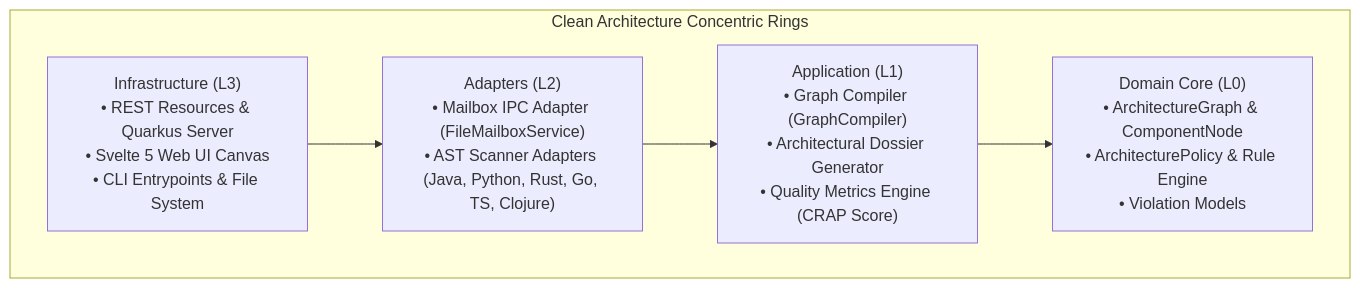
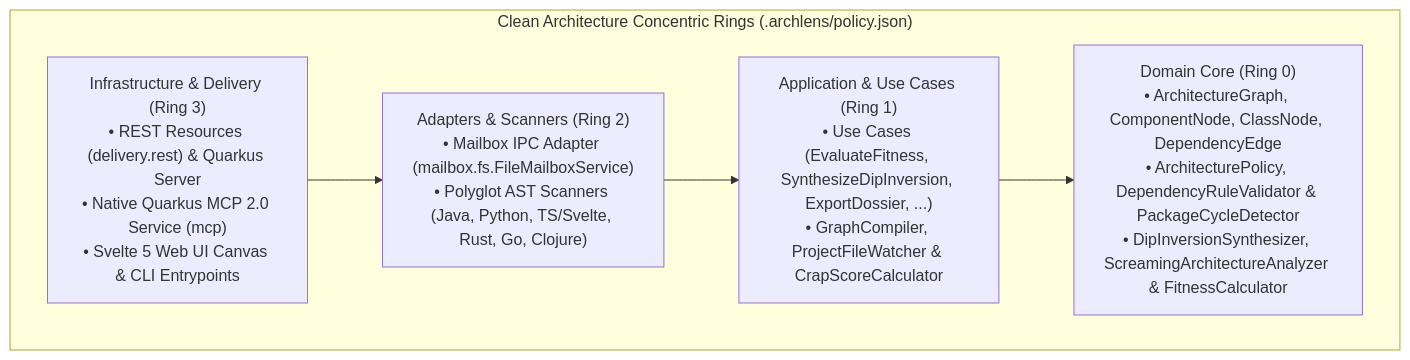
The diagram in docs/guide/DEVELOPER_GUIDE.md (fmatar/archlens), drawn with Mermaid before and after one commit. The commit also changed other lines of this file and 9 other files, not shown here.

````diff
--- a/docs/guide/DEVELOPER_GUIDE.md
+++ b/docs/guide/DEVELOPER_GUIDE.md
@@ -14,13 +14,13 @@
 ```mermaid
 flowchart TD
-    subgraph Rings ["Clean Architecture Concentric Rings"]
-        L3["Infrastructure (L3)<br/>• REST Resources & Quarkus Server<br/>• Svelte 5 Web UI Canvas<br/>• CLI Entrypoints & File System"]
-        L2["Adapters (L2)<br/>• Mailbox IPC Adapter (FileMailboxService)<br/>• AST Scanner Adapters (Java, Python, Rust, Go, TS, Clojure)"]
-        L1["Application (L1)<br/>• Graph Compiler (GraphCompiler)<br/>• Architectural Dossier Generator<br/>• Quality Metrics Engine (CRAP Score)"]
-        L0["Domain Core (L0)<br/>• ArchitectureGraph & ComponentNode<br/>• ArchitecturePolicy & Rule Engine<br/>• Violation Models"]
+    subgraph Rings ["Clean Architecture Concentric Rings (.archlens/policy.json)"]
+        L3["Infrastructure & Delivery (Ring 3)<br/>• REST Resources (delivery.rest) & Quarkus Server<br/>• Native Quarkus MCP 2.0 Service (mcp)<br/>• Svelte 5 Web UI Canvas & CLI Entrypoints"]
+        L2["Adapters & Scanners (Ring 2)<br/>• Mailbox IPC Adapter (mailbox.fs.FileMailboxService)<br/>• Polyglot AST Scanners (Java, Python, TS/Svelte, Rust, Go, Clojure)"]
+        L1["Application & Use Cases (Ring 1)<br/>• Use Cases (EvaluateFitness, SynthesizeDipInversion, ExportDossier, ...)<br/>• GraphCompiler, ProjectFileWatcher & CrapScoreCalculator"]
+        L0["Domain Core (Ring 0)<br/>• ArchitectureGraph, ComponentNode, ClassNode, DependencyEdge<br/>• ArchitecturePolicy, DependencyRuleValidator & PackageCycleDetector<br/>• DipInversionSynthesizer, ScreamingArchitectureAnalyzer & FitnessCalculator"]
         
         L3 --> L2
         L2 --> L1
         L1 --> L0
     end
 ```
````
